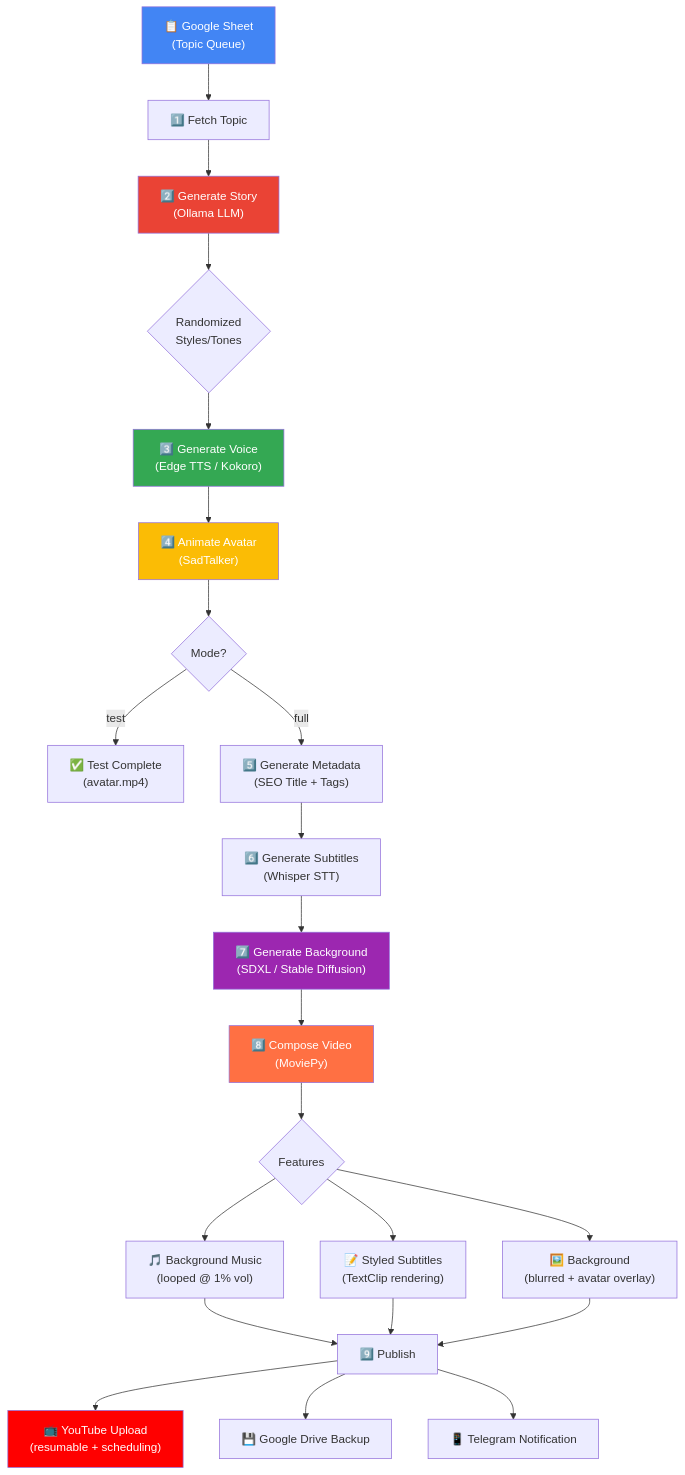
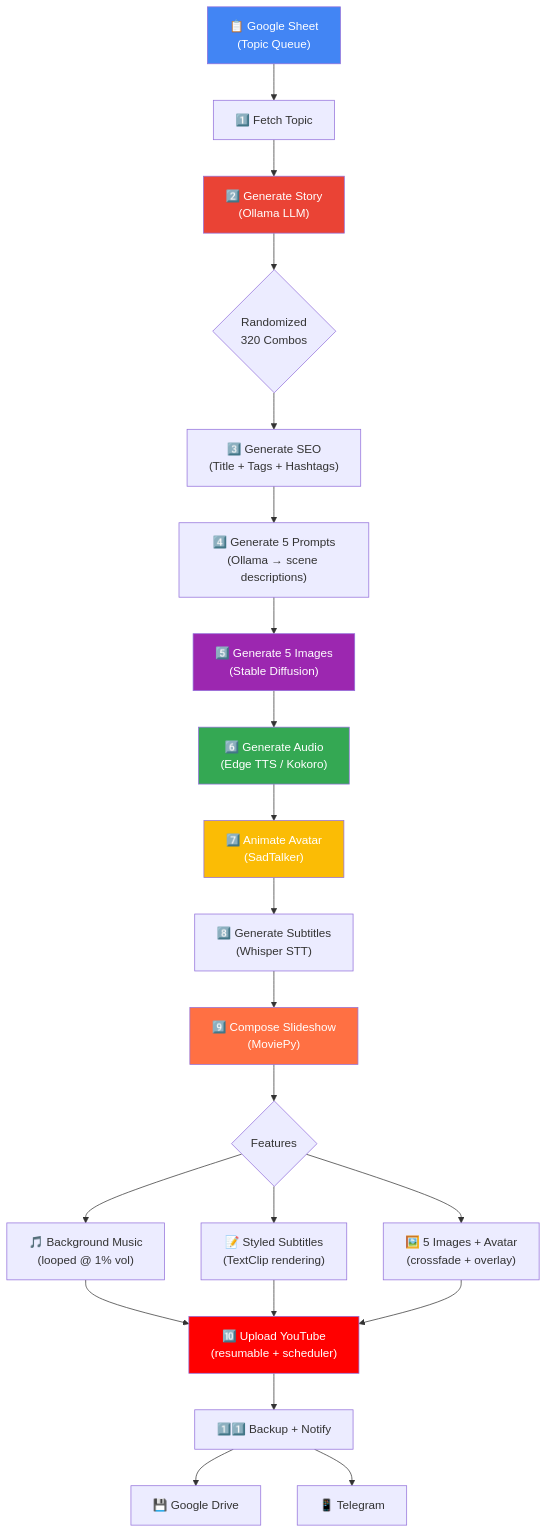
The first of 5 diagrams in README.md (tamilarasu18/ai-yt-automation), drawn with Mermaid before and after one commit. The commit also changed other lines of this file, not shown here.

Commit message:
Readme file updated

````diff
--- a/README.md
+++ b/README.md
@@ -22,37 +22,34 @@
 ```mermaid
 flowchart TD
     A["📋 Google Sheet<br/>(Topic Queue)"] --> B["1️⃣ Fetch Topic"]
     B --> C["2️⃣ Generate Story<br/>(Ollama LLM)"]
-    C --> D{"Randomized<br/>Styles/Tones"}
-    D --> E["3️⃣ Generate Voice<br/>(Edge TTS / Kokoro)"]
-    E --> F["4️⃣ Animate Avatar<br/>(SadTalker)"]
-    F --> G{"Mode?"}
+    C --> D{"Randomized<br/>320 Combos"}
+    D --> E["3️⃣ Generate SEO<br/>(Title + Tags + Hashtags)"]
+    E --> F["4️⃣ Generate 5 Prompts<br/>(Ollama → scene descriptions)"]
+    F --> G["5️⃣ Generate 5 Images<br/>(Stable Diffusion)"]
+    G --> H["6️⃣ Generate Audio<br/>(Edge TTS / Kokoro)"]
+    H --> I["7️⃣ Animate Avatar<br/>(SadTalker)"]
+    I --> J["8️⃣ Generate Subtitles<br/>(Whisper STT)"]
+    J --> K["9️⃣ Compose Slideshow<br/>(MoviePy)"]
+    K --> L{"Features"}
 
-    G -->|"test"| H["✅ Test Complete<br/>(avatar.mp4)"]
-    G -->|"full"| I["5️⃣ Generate Metadata<br/>(SEO Title + Tags)"]
+    L --> L1["🎵 Background Music<br/>(looped @ 1% vol)"]
+    L --> L2["📝 Styled Subtitles<br/>(TextClip rendering)"]
+    L --> L3["🖼️ 5 Images + Avatar<br/>(crossfade + overlay)"]
 
-    I --> J["6️⃣ Generate Subtitles<br/>(Whisper STT)"]
-    J --> K["7️⃣ Generate Background<br/>(SDXL / Stable Diffusion)"]
-    K --> L["8️⃣ Compose Video<br/>(MoviePy)"]
-    L --> M{"Features"}
+    L1 --> M["🔟 Upload YouTube<br/>(resumable + scheduler)"]
+    L2 --> M
+    L3 --> M
 
-    M --> M1["🎵 Background Music<br/>(looped @ 1% vol)"]
-    M --> M2["📝 Styled Subtitles<br/>(TextClip rendering)"]
-    M --> M3["🖼️ Background<br/>(blurred + avatar overlay)"]
-
-    M1 --> N["9️⃣ Publish"]
-    M2 --> N
-    M3 --> N
-
-    N --> O["📺 YouTube Upload<br/>(resumable + scheduling)"]
-    N --> P["💾 Google Drive Backup"]
-    N --> Q["📱 Telegram Notification"]
+    M --> N["1️⃣1️⃣ Backup + Notify"]
+    N --> O["💾 Google Drive"]
+    N --> P["📱 Telegram"]
 
     style A fill:#4285F4,color:white
     style C fill:#EA4335,color:white
-    style E fill:#34A853,color:white
-    style F fill:#FBBC05,color:white
-    style K fill:#9C27B0,color:white
-    style L fill:#FF7043,color:white
-    style O fill:#FF0000,color:white
+    style G fill:#9C27B0,color:white
+    style H fill:#34A853,color:white
+    style I fill:#FBBC05,color:white
+    style K fill:#FF7043,color:white
+    style M fill:#FF0000,color:white
 ```
````
